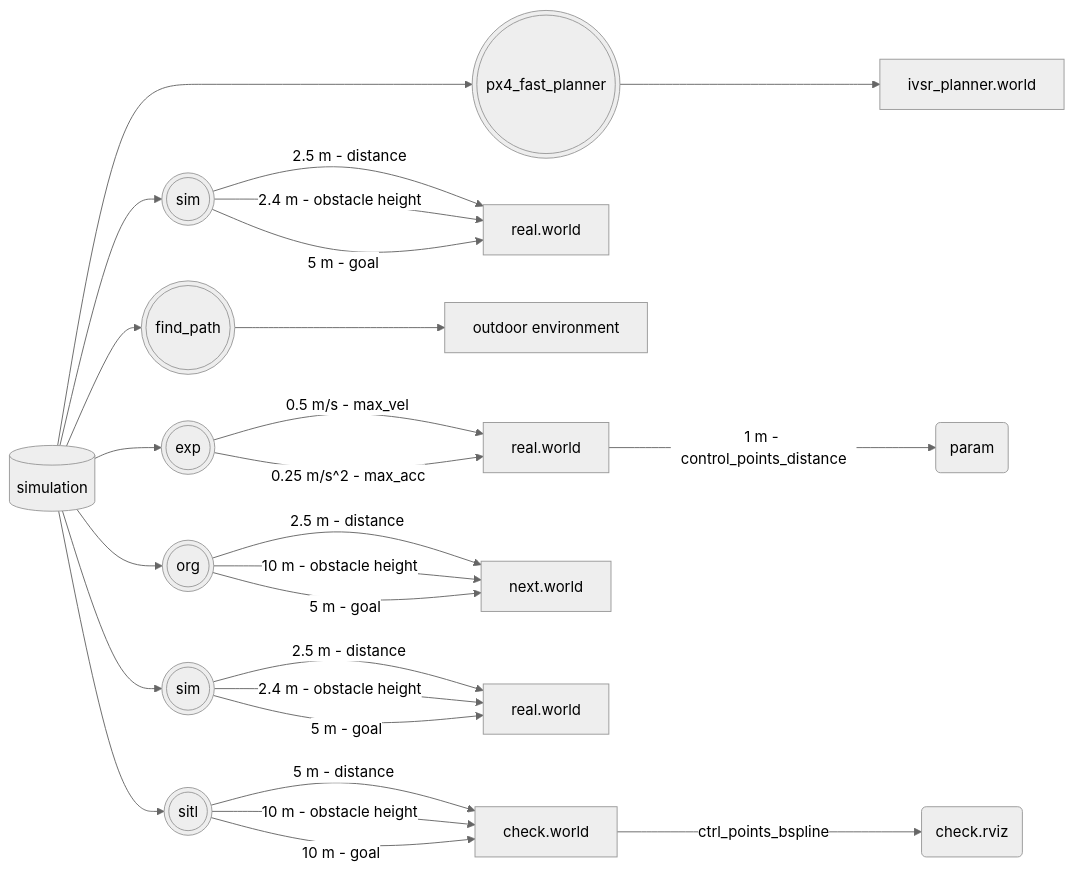
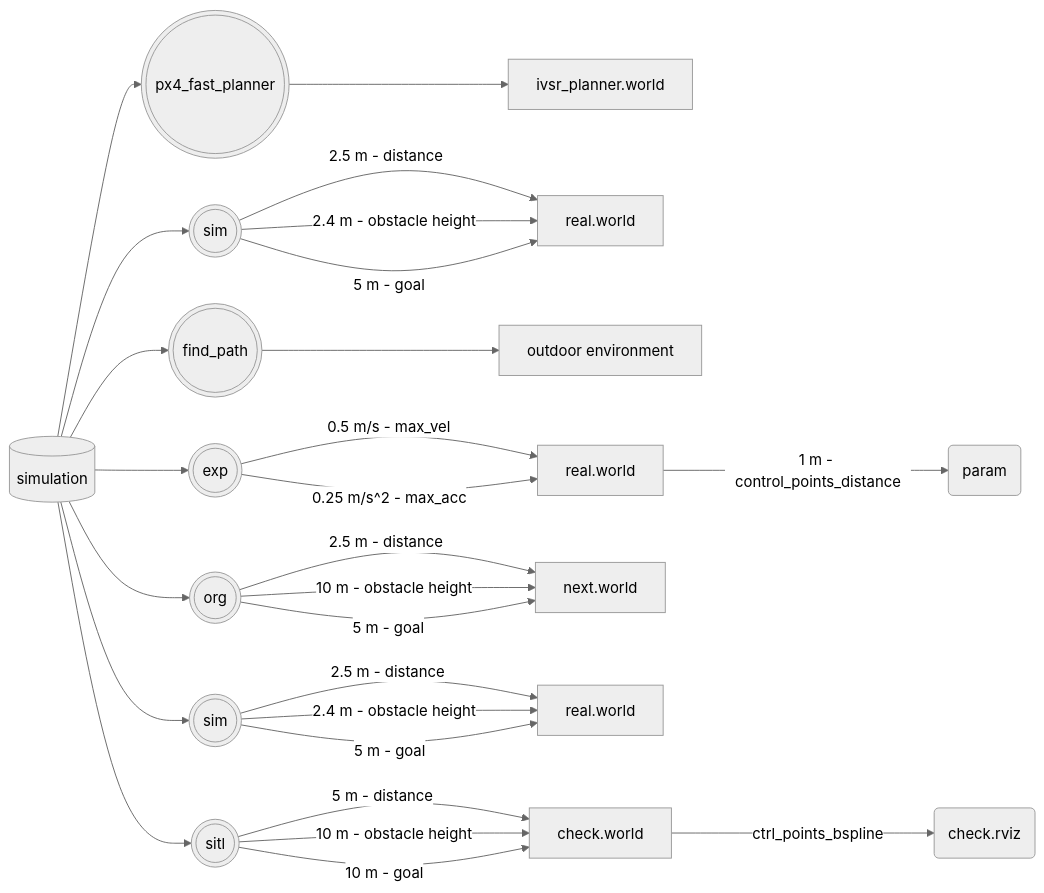
One commit to Dieptranivsr/drone_extend changed the second of 4 diagrams in sp_code/system.md. Above: the diagram before and after it, drawn with Mermaid (neutral theme).

````diff
--- a/sp_code/system.md
+++ b/sp_code/system.md
@@ -8,29 +8,29 @@
 ```mermaid
 flowchart LR 
 
-A[(simulation)] o--> B(((px4_fast_planner)))
+A[(simulation)] --> B(((px4_fast_planner)))
 B --> C[ivsr_planner.world]
 A --> D(((sim)))
 D -->|2.5 m - distance| E[real.world]
 D -->|2.4 m - obstacle height| E
 D -->|5 m - goal| E
 A --> F(((find_path)))
 F --> G[outdoor environment]
 A --> H(((exp)))
 H -->|0.5 m/s - max_vel| I[real.world]
 H -->|0.25 m/s^2 - max_acc| I
 I -->|1 m - control_points_distance| II(param)
 A --> J(((org)))
 J -->|2.5 m - distance| K[next.world]
 J -->|10 m - obstacle height| K
 J -->|5 m - goal| K
 A --> L(((sim)))
 L -->|2.5 m - distance| LL[real.world]
 L -->|2.4 m - obstacle height| LL
 L -->|5 m - goal| LL
 A --> M(((sitl)))
 M -->|5 m - distance| N[check.world]
 M -->|10 m - obstacle height| N
 M -->|10 m - goal| N
 N -->|ctrl_points_bspline| NN(check.rviz)
 ```
````
